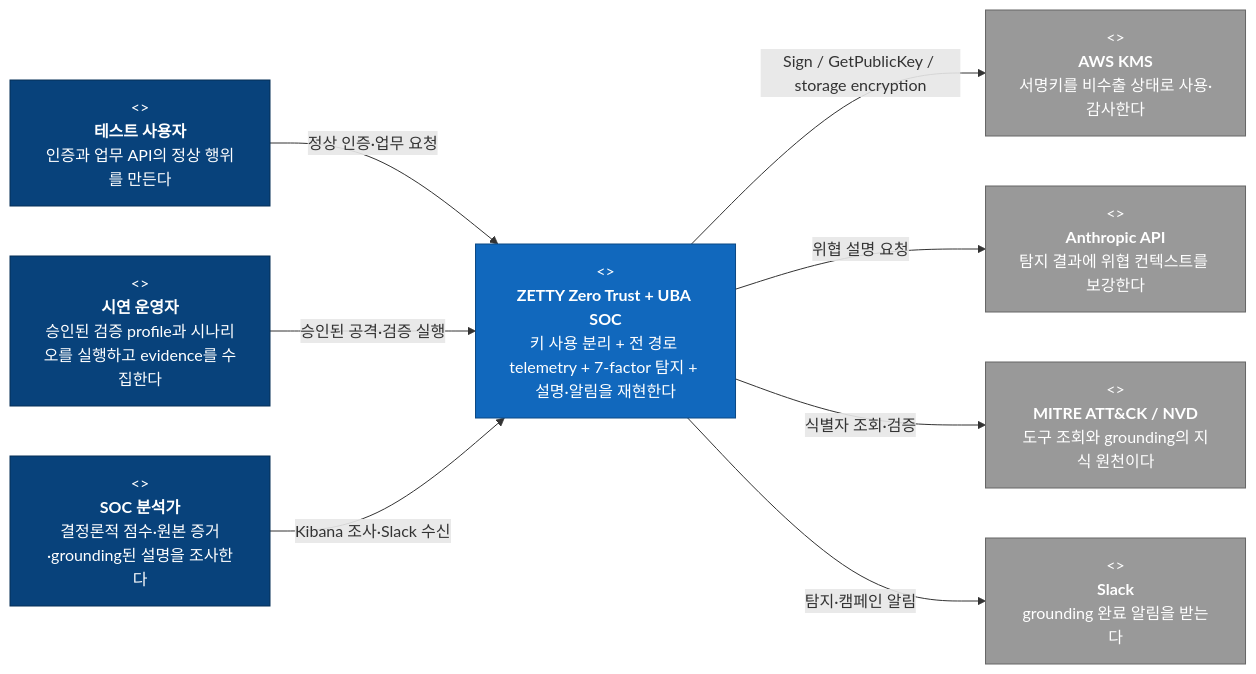
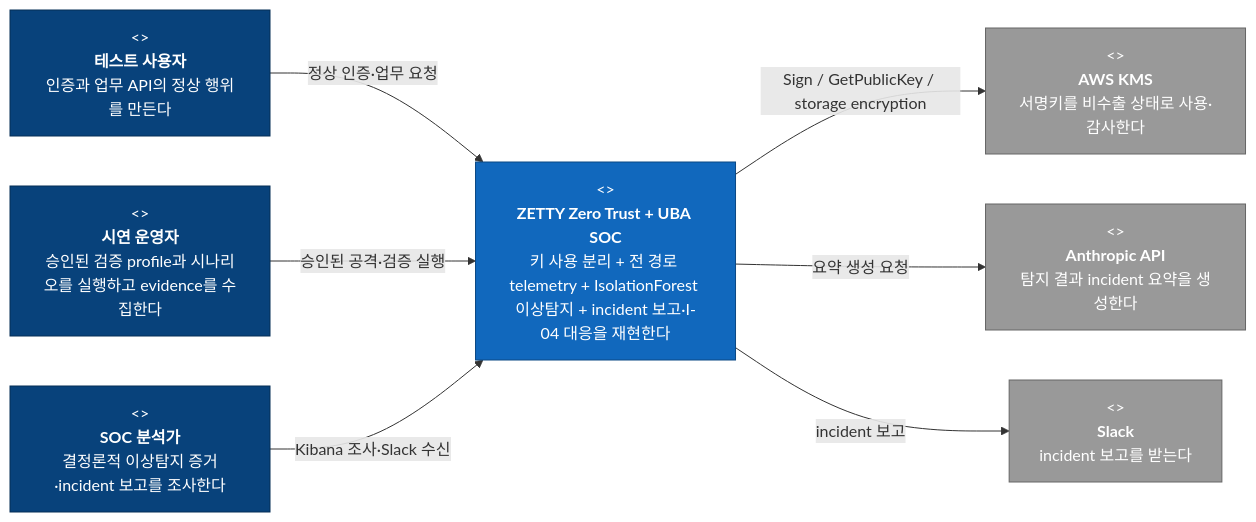
One commit to ZETTY-ZEROTRUST/backend changed the first of 7 diagrams in docs/c4-to-be.md. Above: the diagram before and after it, drawn with Mermaid. The commit also changed other lines of this file and 4 other files, not shown here.

Commit message:
docs: v2 최종 기준으로 문서 정비(uba-analyzer→log-pipeline, 7-factor→IsolationForest 등)

````diff
--- a/docs/c4-to-be.md
+++ b/docs/c4-to-be.md
@@ -41,28 +44,26 @@
 ```mermaid
 flowchart LR
     operator["<<person>><br/><b>시연 운영자</b><br/>승인된 검증 profile과 시나리오를 실행하고 evidence를 수집한다"]
-    analyst["<<person>><br/><b>SOC 분석가</b><br/>결정론적 점수·원본 증거·grounding된 설명을 조사한다"]
+    analyst["<<person>><br/><b>SOC 분석가</b><br/>결정론적 이상탐지 증거·incident 보고를 조사한다"]
     user["<<person>><br/><b>테스트 사용자</b><br/>인증과 업무 API의 정상 행위를 만든다"]
 
-    ztty["<<software_system>><br/><b>ZETTY Zero Trust + UBA SOC</b><br/>키 사용 분리 + 전 경로 telemetry + 7-factor 탐지 + 설명·알림을 재현한다"]
+    ztty["<<software_system>><br/><b>ZETTY Zero Trust + UBA SOC</b><br/>키 사용 분리 + 전 경로 telemetry + IsolationForest 이상탐지 + incident 보고·I-04 대응을 재현한다"]
 
     kms["<<external_system>><br/><b>AWS KMS</b><br/>서명키를 비수출 상태로 사용·감사한다"]
-    anthropic["<<external_system>><br/><b>Anthropic API</b><br/>탐지 결과에 위협 컨텍스트를 보강한다"]
-    knowledge["<<external_system>><br/><b>MITRE ATT&CK / NVD</b><br/>도구 조회와 grounding의 지식 원천이다"]
-    slack["<<external_system>><br/><b>Slack</b><br/>grounding 완료 알림을 받는다"]
+    anthropic["<<external_system>><br/><b>Anthropic API</b><br/>탐지 결과 incident 요약을 생성한다"]
+    slack["<<external_system>><br/><b>Slack</b><br/>incident 보고를 받는다"]
 
     user -->|정상 인증·업무 요청| ztty
     operator -->|승인된 공격·검증 실행| ztty
     analyst -->|Kibana 조사·Slack 수신| ztty
     ztty -->|Sign / GetPublicKey / storage encryption| kms
-    ztty -->|위협 설명 요청| anthropic
-    ztty -->|식별자 조회·검증| knowledge
-    ztty -->|탐지·캠페인 알림| slack
+    ztty -->|요약 생성 요청| anthropic
+    ztty -->|incident 보고| slack
 
     classDef person fill:#08427b,color:#fff,stroke:#052e56
     classDef system fill:#1168bd,color:#fff,stroke:#0b4884
     classDef external fill:#999,color:#fff,stroke:#666
     class operator,analyst,user person
     class ztty system
-    class kms,anthropic,knowledge,slack external
+    class kms,anthropic,slack external
 ```
````
